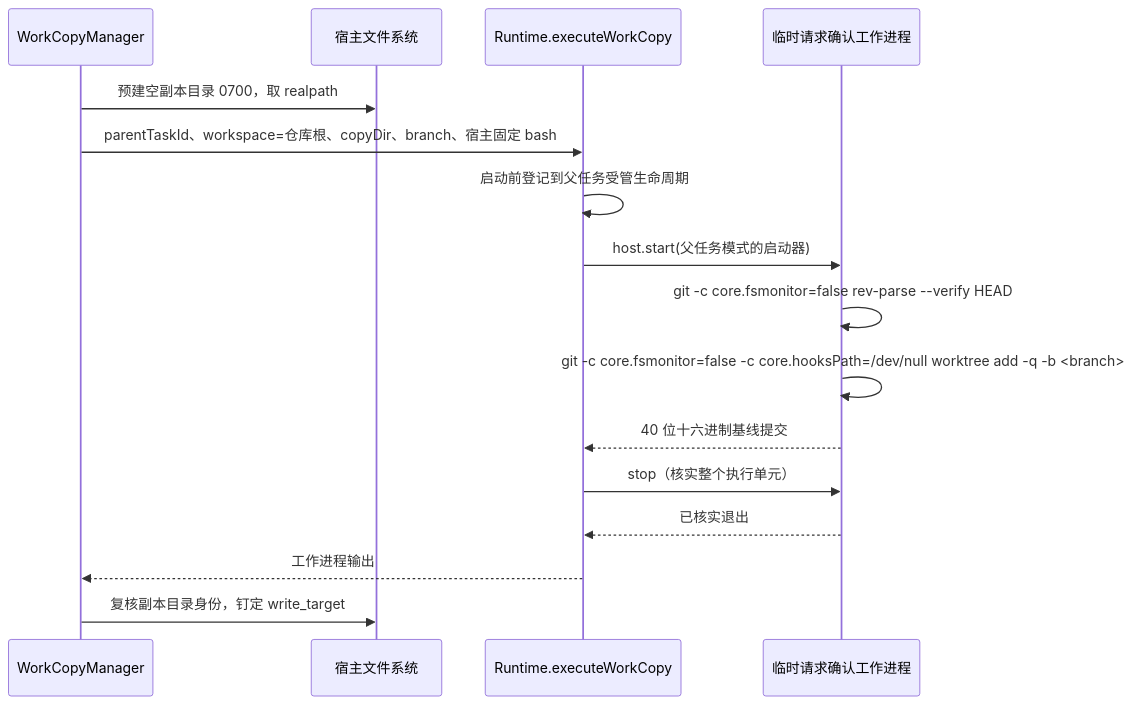
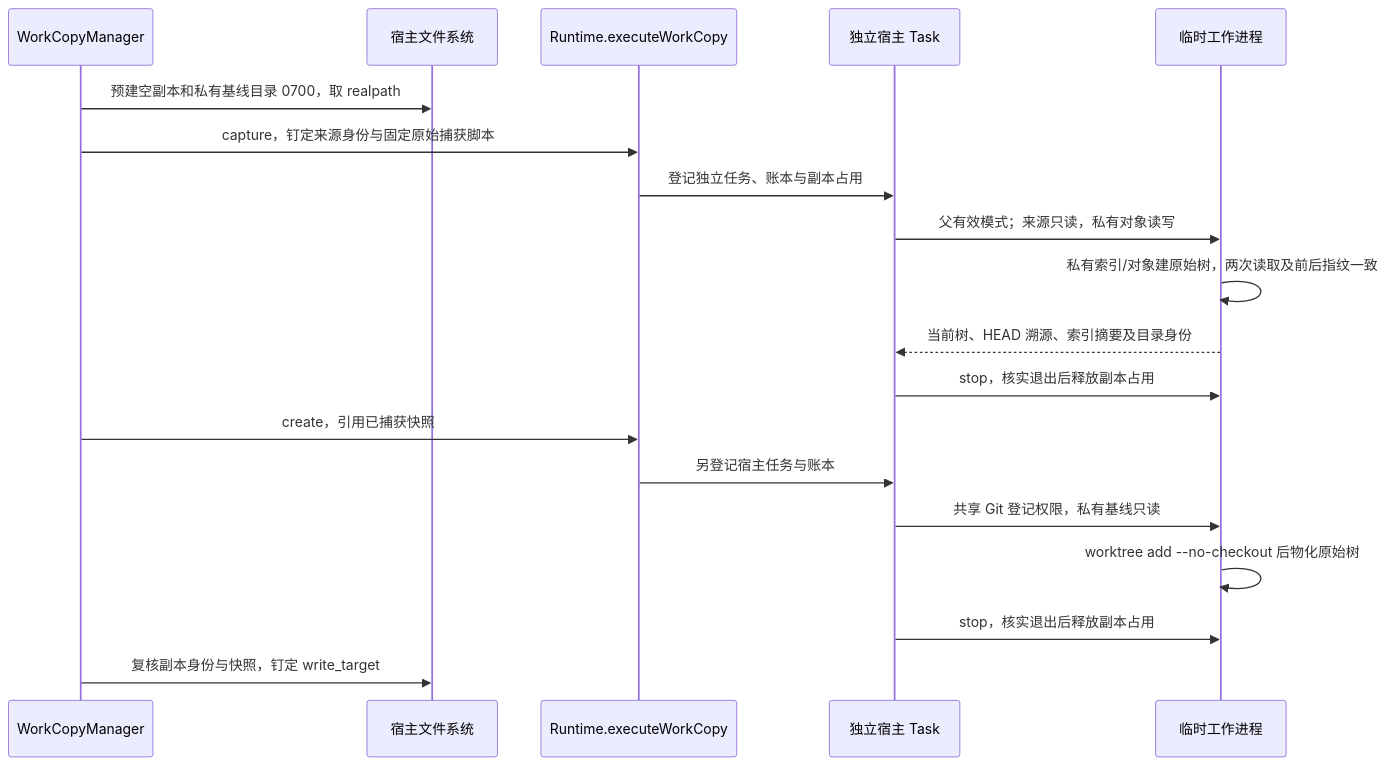
Before and after one commit to num-lab/Ruukoto: the third of 3 diagrams in docs/modules/execution.md, drawn with Mermaid. The commit also changed other lines of this file and 151 other files, not shown here.

````diff
--- a/docs/modules/execution.md
+++ b/docs/modules/execution.md
@@ -145,18 +145,21 @@
 ```mermaid
 sequenceDiagram
   participant WM as WorkCopyManager
   participant FS as 宿主文件系统
   participant RT as Runtime.executeWorkCopy
-  participant W as 临时请求确认工作进程
-  WM->>FS: 预建空副本目录 0700，取 realpath
-  WM->>RT: parentTaskId、workspace=仓库根、copyDir、branch、宿主固定 bash
-  RT->>RT: 启动前登记到父任务受管生命周期
-  RT->>W: host.start(父任务模式的启动器)
-  W->>W: git -c core.fsmonitor=false rev-parse --verify HEAD
-  W->>W: git -c core.fsmonitor=false -c core.hooksPath=/dev/null worktree add -q -b <branch>
-  W-->>RT: 40 位十六进制基线提交
-  RT->>W: stop（核实整个执行单元）
-  W-->>RT: 已核实退出
-  RT-->>WM: 工作进程输出
-  WM->>FS: 复核副本目录身份，钉定 write_target
+  participant H as 独立宿主 Task
+  participant W as 临时工作进程
+  WM->>FS: 预建空副本和私有基线目录 0700，取 realpath
+  WM->>RT: capture，钉定来源身份与固定原始捕获脚本
+  RT->>H: 登记独立任务、账本与副本占用
+  H->>W: 父有效模式；来源只读，私有对象读写
+  W->>W: 私有索引/对象建原始树，两次读取及前后指纹一致
+  W-->>H: 当前树、HEAD 溯源、索引摘要及目录身份
+  H->>W: stop，核实退出后释放副本占用
+  WM->>RT: create，引用已捕获快照
+  RT->>H: 另登记宿主任务与账本
+  H->>W: 共享 Git 登记权限，私有基线只读
+  W->>W: worktree add --no-checkout 后物化原始树
+  H->>W: stop，核实退出后释放副本占用
+  WM->>FS: 复核副本身份与快照，钉定 write_target
 ```
````
